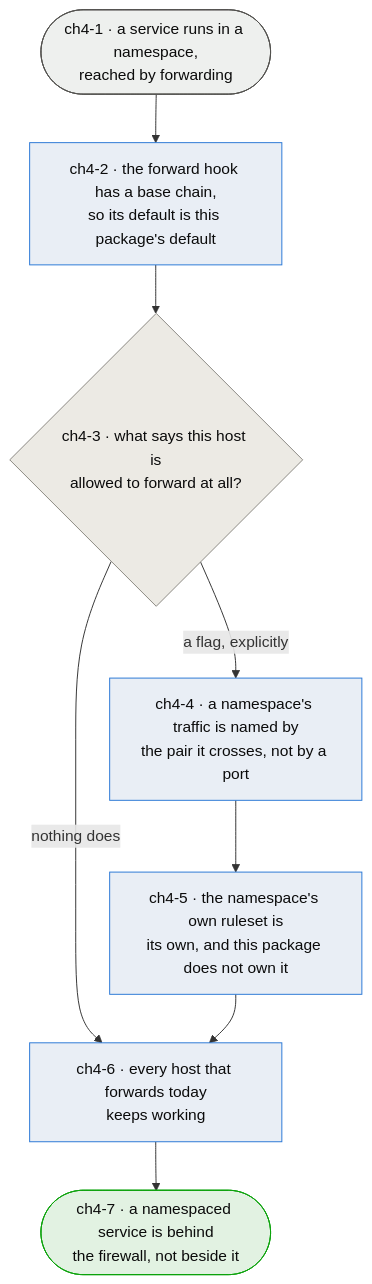
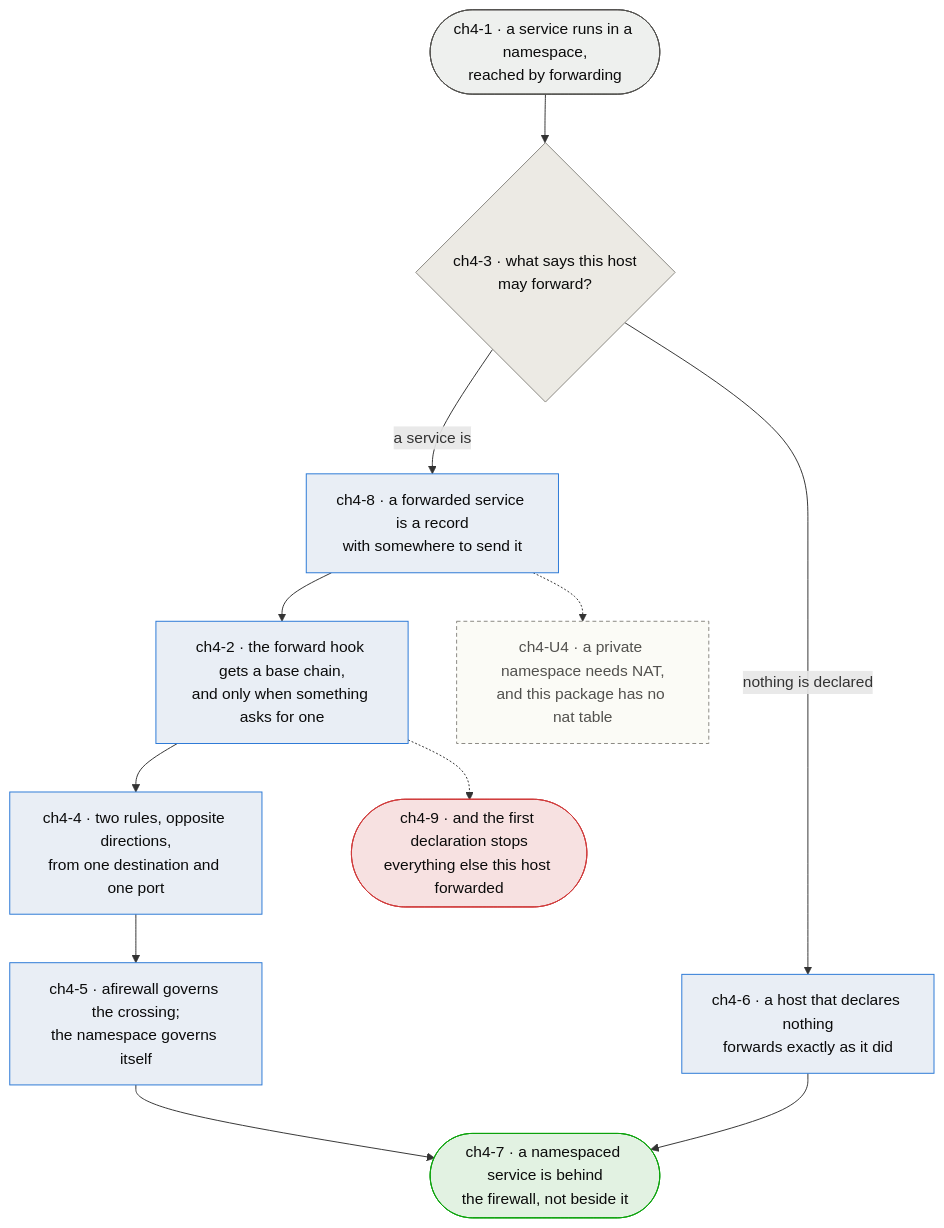
Before and after one commit to flattop5377/afirewall: the diagram in spec/diagrams/chapter-04-namespaces.md, drawn with Mermaid. The commit also changed other lines of this file and 8 other files, not shown here.

````diff
--- a/spec/diagrams/chapter-04-namespaces.md
+++ b/spec/diagrams/chapter-04-namespaces.md
@@ -30,23 +48,31 @@
 ```mermaid
 flowchart TD
     NS([ch4-1 · a service runs in a namespace,<br/>reached by forwarding]):::input
-    HOOK[ch4-2 · the forward hook has a base chain,<br/>so its default is this package's default]:::process
-    OPTIN{ch4-3 · what says this host is<br/>allowed to forward at all?}:::decision
-    PAIR[ch4-4 · a namespace's traffic is named by<br/>the pair it crosses, not by a port]:::process
-    OWN[ch4-5 · the namespace's own ruleset is<br/>its own, and this package does not own it]:::process
-    BREAK[ch4-6 · every host that forwards today<br/>keeps working]:::process
+    HOOK[ch4-2 · the forward hook gets a base chain,<br/>and only when something asks for one]:::process
+    OPTIN{ch4-3 · what says this host<br/>may forward?}:::decision
+    DECL[ch4-8 · a forwarded service is a record<br/>with somewhere to send it]:::process
+    PAIR[ch4-4 · two rules, opposite directions,<br/>from one destination and one port]:::process
+    OWN[ch4-5 · afirewall governs the crossing;<br/>the namespace governs itself]:::process
+    BREAK[ch4-6 · a host that declares nothing<br/>forwards exactly as it did]:::process
+    CLIFF([ch4-9 · and the first declaration stops<br/>everything else this host forwarded]):::bad
     OUT([ch4-7 · a namespaced service is behind<br/>the firewall, not beside it]):::output
+    U4[ch4-U4 · a private namespace needs NAT,<br/>and this package has no nat table]:::unknown
 
-    NS --> HOOK
-    HOOK --> OPTIN
-    OPTIN -->|nothing does| BREAK
-    OPTIN -->|a flag, explicitly| PAIR
+    NS --> OPTIN
+    OPTIN -->|nothing is declared| BREAK
+    OPTIN -->|a service is| DECL
+    DECL --> HOOK
+    HOOK --> PAIR
     PAIR --> OWN
-    OWN --> BREAK
+    OWN --> OUT
     BREAK --> OUT
+    HOOK -.-> CLIFF
+    DECL -.-> U4
 
     classDef input fill:#eef0ee,stroke:#52514e,color:#0b0b0b;
     classDef process fill:#e9eef5,stroke:#2a78d6,color:#0b0b0b;
     classDef decision fill:#eceae4,stroke:#898781,color:#0b0b0b;
     classDef output fill:#e2f2e2,stroke:#0ca30c,color:#0b0b0b;
+    classDef bad fill:#f7e1e1,stroke:#d03b3b,color:#0b0b0b;
+    classDef unknown fill:#fbfbf6,stroke:#898781,color:#52514e,stroke-dasharray:4 3;
 ```
````
